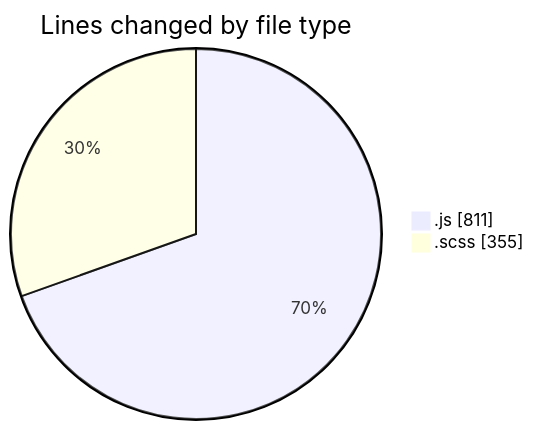
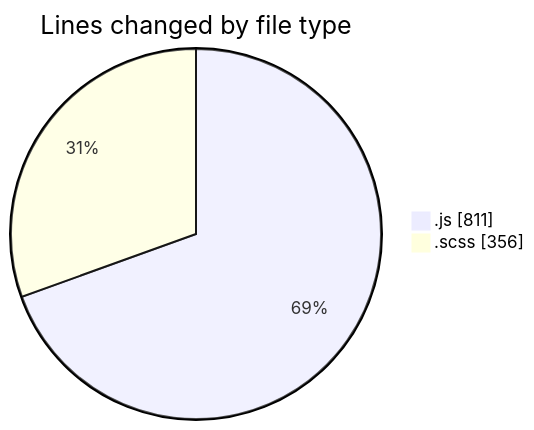
The first of 2 diagrams in 2026-01-05/cda/README.md (momahboobian/code-tracking), drawn with Mermaid before and after one commit. The commit also changed other lines of this file and 1 other file, not shown here.

````diff
--- a/2026-01-05/cda/README.md
+++ b/2026-01-05/cda/README.md
@@ -26,6 +26,6 @@
 ```mermaid
 pie showData
 title Lines changed by file type
 ".js" : 811
-".scss" : 355
+".scss" : 356
 ```
````
